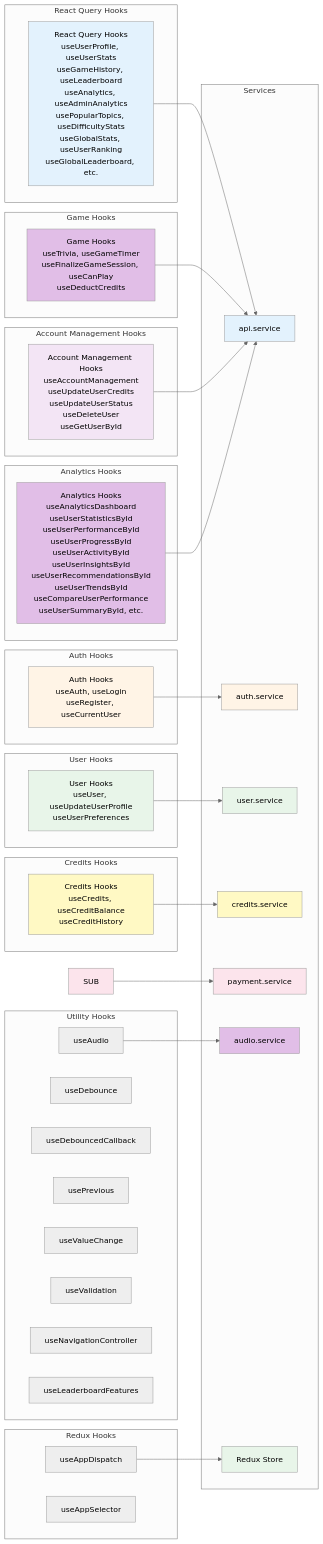
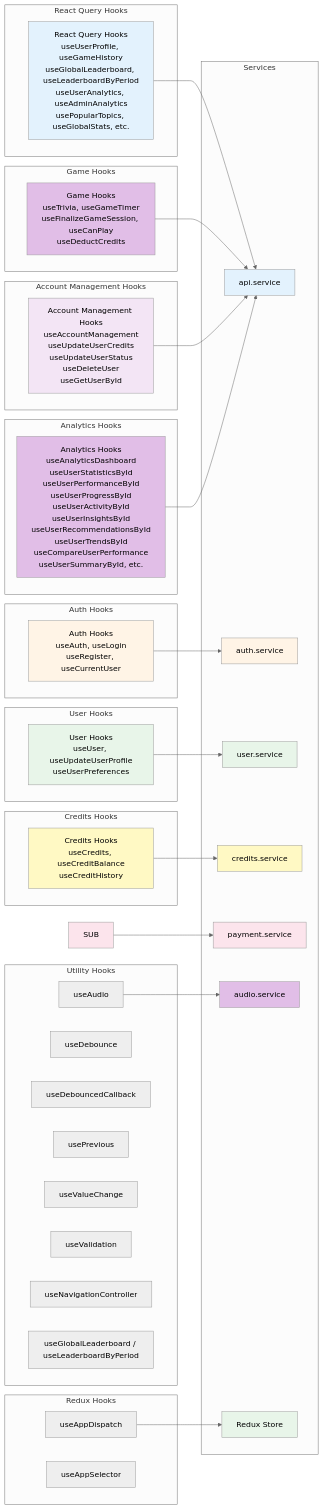
One commit to IsraelRub/EveryTriv changed diagram 23 of 31 in docs/DIAGRAMS.md. Above: the diagram before and after it, drawn with Mermaid (neutral theme). The commit also changed other lines of this file and 148 other files, not shown here.

First line of the commit message:
feat: email-gated profile, game text gate, session/multiplayer flows, Newman sync

````diff
--- a/docs/DIAGRAMS.md
+++ b/docs/DIAGRAMS.md
@@ -1342,7 +1351,7 @@
 ```mermaid
 graph LR
     subgraph "React Query Hooks"
-        RQH[React Query Hooks<br/>useUserProfile, useUserStats<br/>useGameHistory, useLeaderboard<br/>useAnalytics, useAdminAnalytics<br/>usePopularTopics, useDifficultyStats<br/>useGlobalStats, useUserRanking<br/>useGlobalLeaderboard, etc.]
+        RQH[React Query Hooks<br/>useUserProfile, useGameHistory<br/>useGlobalLeaderboard, useLeaderboardByPeriod<br/>useUserAnalytics, useAdminAnalytics<br/>usePopularTopics, useGlobalStats, etc.]
     end
 
     subgraph "Redux Hooks"
@@ -1382,7 +1391,7 @@
         BD[useValueChange]
         BE[useValidation]
         BF[useNavigationController]
-        BG[useLeaderboardFeatures]
+        BG[useGlobalLeaderboard / useLeaderboardByPeriod]
     end
 
     subgraph "Services"
````
